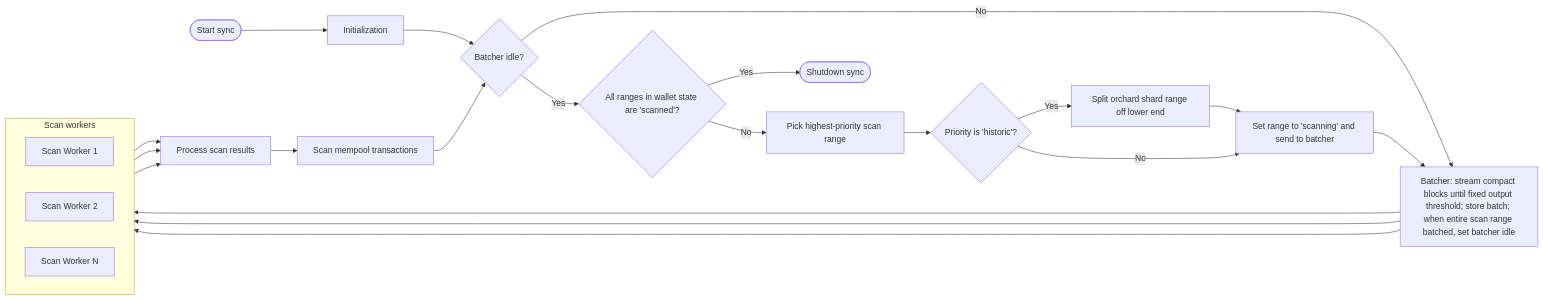
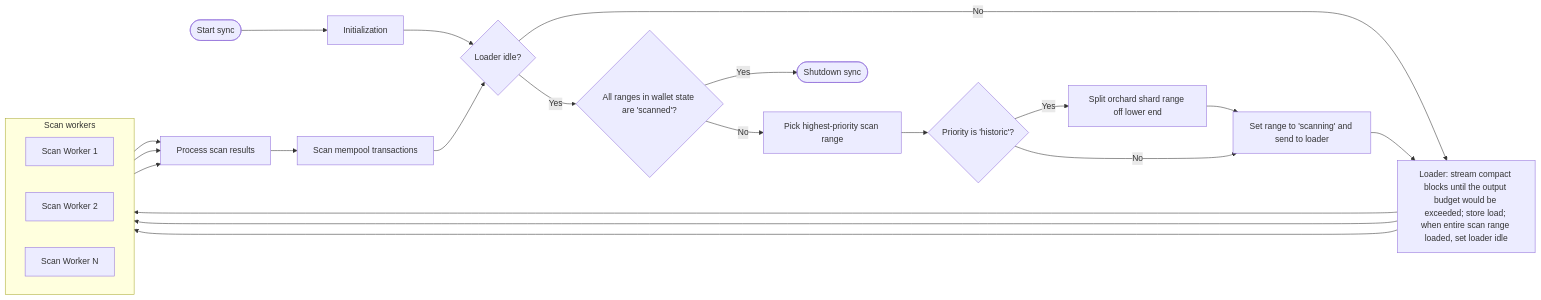
The diagram in pepper-sync/diagrams/sync.mmd (zingolabs/zingolib), drawn with Mermaid before and after one commit. The commit also changed 9 other files, not shown here.

```diff
--- a/pepper-sync/diagrams/sync.mmd
+++ b/pepper-sync/diagrams/sync.mmd
@@ -1,30 +1,30 @@
 
 flowchart LR
   %% SYNC
   START([Start sync]) --> INIT["Initialization"]
   INIT --> S0
-  S0{Batcher idle?}
+  S0{Loader idle?}
   S0 -- No --> S6
   S0 -- Yes --> S1{All ranges in wallet state are 'scanned'?}
   S1 -- Yes --> SHUTDOWN([Shutdown sync])
   S1 -- No --> S2["Pick highest-priority scan range"]
   S2 --> S3{Priority is 'historic'?}
-  S3 -- Yes --> S4["Split orchard shard range off lower end"] --> S5["Set range to 'scanning' and send to batcher"]
+  S3 -- Yes --> S4["Split orchard shard range off lower end"] --> S5["Set range to 'scanning' and send to loader"]
   S3 -- No --> S5
   S5 --> S6
-  S6["Batcher: stream compact blocks until fixed output threshold; store batch; when entire scan range batched, set batcher idle"]
+  S6["Loader: stream compact blocks until the output budget would be exceeded; store load; when entire scan range loaded, set loader idle"]
   subgraph WORKERS[Scan workers]
     direction LR
     W1["Scan Worker 1"]
     W2["Scan Worker 2"]
     Wn["Scan Worker N"]
   end
   S6 --> W1
   S6 --> W2
   S6 --> Wn
   W1 --> PROC_RES["Process scan results"]
   W2 --> PROC_RES
   Wn --> PROC_RES
 
   PROC_RES --> S7["Scan mempool transactions"]
   S7 --> S0
```
